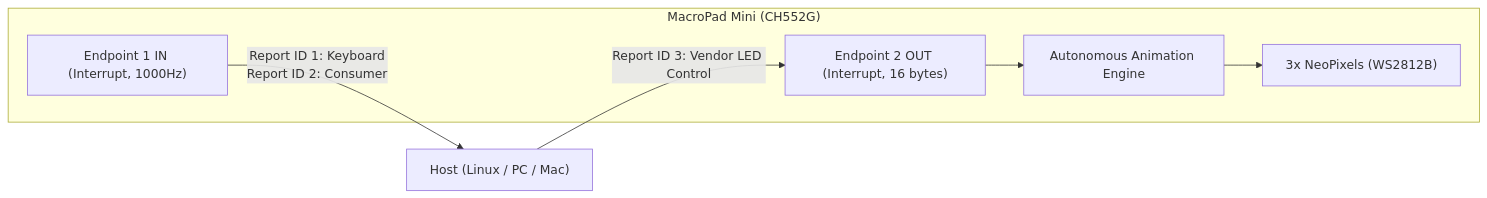
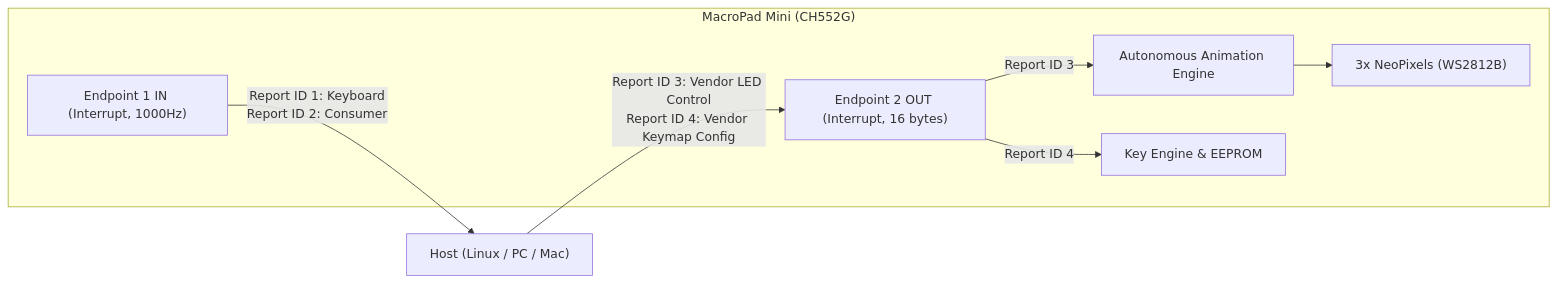
Before and after one commit to marianoboragno/Macropad-3-keys-1-knob: the diagram in ICD.md, drawn with Mermaid. The commit also changed other lines of this file and 8 other files, not shown here.

````diff
--- a/ICD.md
+++ b/ICD.md
@@ -18,14 +18,16 @@
 ```mermaid
 flowchart LR
     Host["Host (Linux / PC / Mac)"]
     subgraph Macropad ["MacroPad Mini (CH552G)"]
         EP1["Endpoint 1 IN (Interrupt, 1000Hz)"]
         EP2["Endpoint 2 OUT (Interrupt, 16 bytes)"]
         FSM["Autonomous Animation Engine"]
+        KEY["Key Engine & EEPROM"]
         WS2812["3x NeoPixels (WS2812B)"]
     end
     EP1 -->|"Report ID 1: Keyboard<br>Report ID 2: Consumer"| Host
-    Host -->|"Report ID 3: Vendor LED Control"| EP2
-    EP2 --> FSM
+    Host -->|"Report ID 3: Vendor LED Control<br>Report ID 4: Vendor Keymap Config"| EP2
+    EP2 -->|"Report ID 3"| FSM
+    EP2 -->|"Report ID 4"| KEY
     FSM --> WS2812
 ```
````
